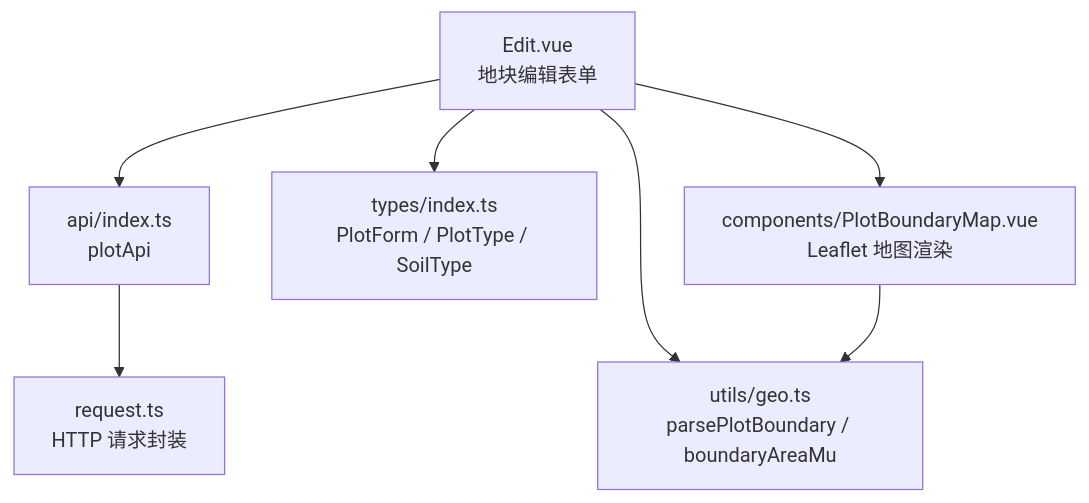
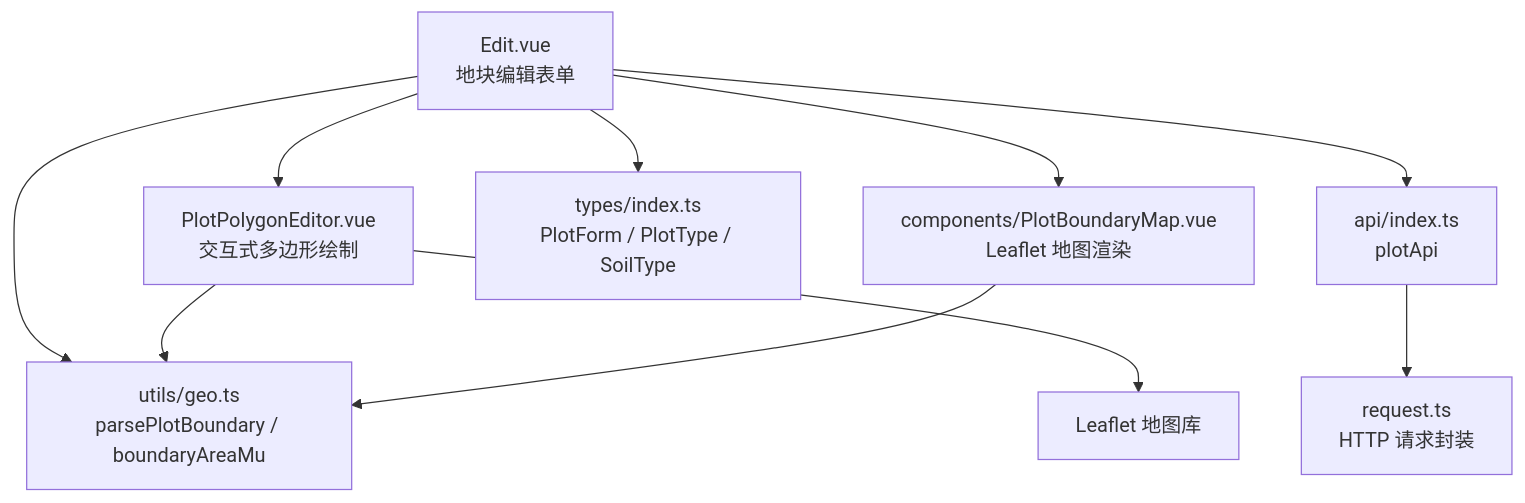
One commit to q446328246/agri-platform changed the first of 8 diagrams in .qoder/repowiki/zh/content/前端应用文档/核心页面/地块管理页面/地块编辑页面.md. Above: the diagram before and after it, drawn with Mermaid. The commit also changed other lines of this file and 110 other files, not shown here.

````diff
--- a/.qoder/repowiki/zh/content/前端应用文档/核心页面/地块管理页面/地块编辑页面.md
+++ b/.qoder/repowiki/zh/content/前端应用文档/核心页面/地块管理页面/地块编辑页面.md
@@ -41,9 +51,12 @@
 ```mermaid
 graph TB
-Edit["Edit.vue<br/>地块编辑表单"] --> PlotApi["api/index.ts<br/>plotApi"]
+Edit["Edit.vue<br/>地块编辑表单"] --> PlotPolygonEditor["PlotPolygonEditor.vue<br/>交互式多边形绘制"]
+Edit --> PlotApi["api/index.ts<br/>plotApi"]
 Edit --> Types["types/index.ts<br/>PlotForm / PlotType / SoilType"]
 Edit --> GeoUtils["utils/geo.ts<br/>parsePlotBoundary / boundaryAreaMu"]
 Edit --> MapComp["components/PlotBoundaryMap.vue<br/>Leaflet 地图渲染"]
+PlotPolygonEditor --> GeoUtils
+PlotPolygonEditor --> L["Leaflet 地图库"]
 MapComp --> GeoUtils
 PlotApi --> Request["request.ts<br/>HTTP 请求封装"]
 ```
````
